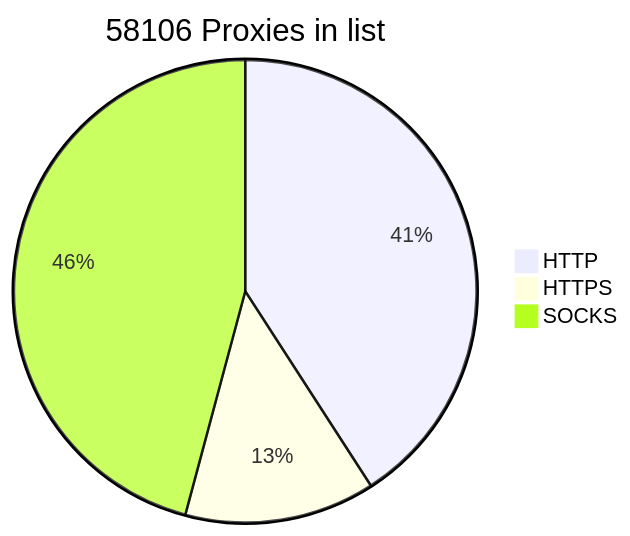
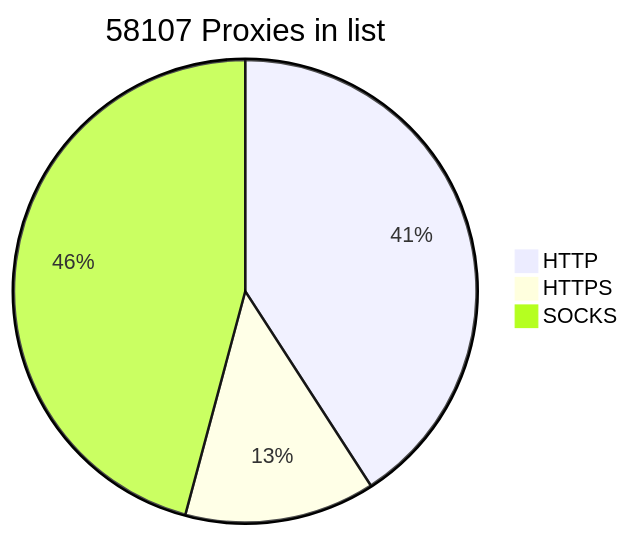
One commit to BlackSnowDot/proxylist-update-every-minute changed the diagram in README.md. Above: the diagram before and after it, drawn with Mermaid.

````diff
--- a/README.md
+++ b/README.md
@@ -2,6 +2,6 @@
 ```mermaid
-pie title 58106 Proxies in list
+pie title 58107 Proxies in list
     "HTTP" : 26752
     "HTTPS": 8707
-    "SOCKS" : 29997
+    "SOCKS" : 29998
 ```
````
